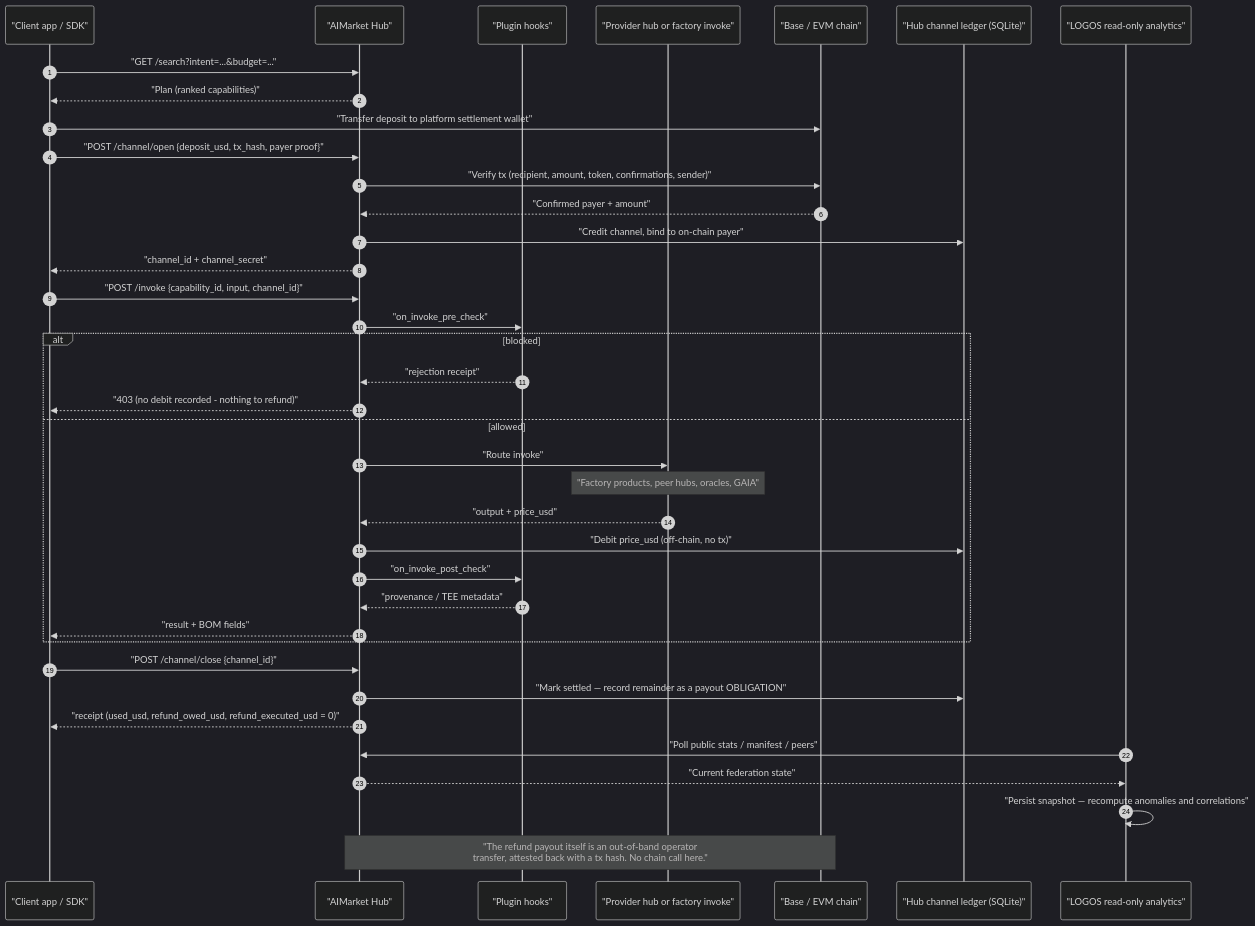
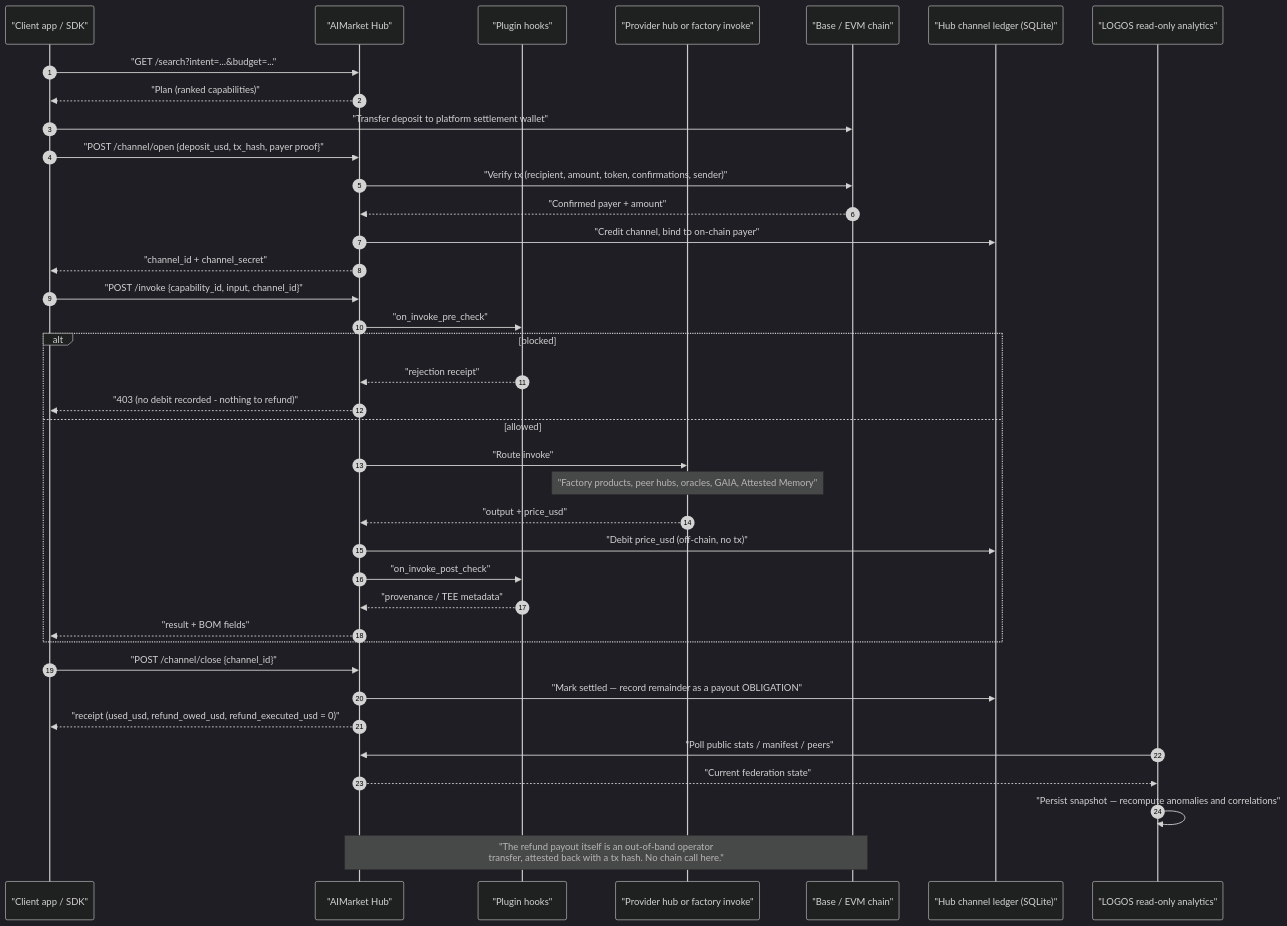
One commit to alexar76/aicom changed the fourth of 6 diagrams in docs/ecosystem-architecture.md. Above: the diagram before and after it, drawn with Mermaid (dark theme). The commit also changed other lines of this file and 99 other files, not shown here.

````diff
--- a/docs/ecosystem-architecture.md
+++ b/docs/ecosystem-architecture.md
@@ -206,44 +214,44 @@
 ```mermaid
 sequenceDiagram
   autonumber
   participant App as "Client app / SDK"
   participant Hub as "AIMarket Hub"
   participant Plugins as "Plugin hooks"
   participant Provider as "Provider hub or factory invoke"
   participant Chain as "Base / EVM chain"
   participant Ledger as "Hub channel ledger (SQLite)"
   participant Logos as "LOGOS read-only analytics"
 
   App->>Hub: "GET /search?intent=...&budget=..."
   Hub-->>App: "Plan (ranked capabilities)"
 
   App->>Chain: "Transfer deposit to platform settlement wallet"
   App->>Hub: "POST /channel/open {deposit_usd, tx_hash, payer proof}"
   Hub->>Chain: "Verify tx (recipient, amount, token, confirmations, sender)"
   Chain-->>Hub: "Confirmed payer + amount"
   Hub->>Ledger: "Credit channel, bind to on-chain payer"
   Hub-->>App: "channel_id + channel_secret"
 
   App->>Hub: "POST /invoke {capability_id, input, channel_id}"
   Hub->>Plugins: "on_invoke_pre_check"
   alt blocked
     Plugins-->>Hub: "rejection receipt"
     Hub-->>App: "403 (no debit recorded - nothing to refund)"
   else allowed
     Hub->>Provider: "Route invoke"
-    Note over Provider: "Factory products, peer hubs, oracles, GAIA"
+    Note over Provider: "Factory products, peer hubs, oracles, GAIA, Attested Memory"
     Provider-->>Hub: "output + price_usd"
     Hub->>Ledger: "Debit price_usd (off-chain, no tx)"
     Hub->>Plugins: "on_invoke_post_check"
     Plugins-->>Hub: "provenance / TEE metadata"
     Hub-->>App: "result + BOM fields"
   end
 
   App->>Hub: "POST /channel/close {channel_id}"
   Hub->>Ledger: "Mark settled — record remainder as a payout OBLIGATION"
   Hub-->>App: "receipt (used_usd, refund_owed_usd, refund_executed_usd = 0)"
   Logos->>Hub: "Poll public stats / manifest / peers"
   Hub-->>Logos: "Current federation state"
   Logos->>Logos: "Persist snapshot — recompute anomalies and correlations"
   Note over Hub,Chain: "The refund payout itself is an out-of-band operator<br/>transfer, attested back with a tx hash. No chain call here."
 ```
````
